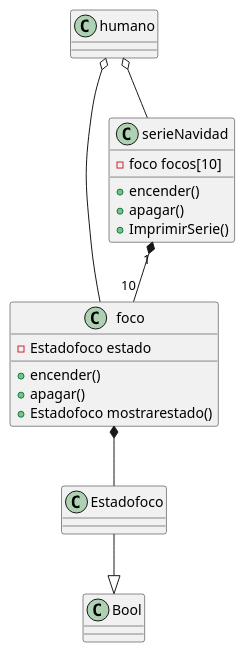
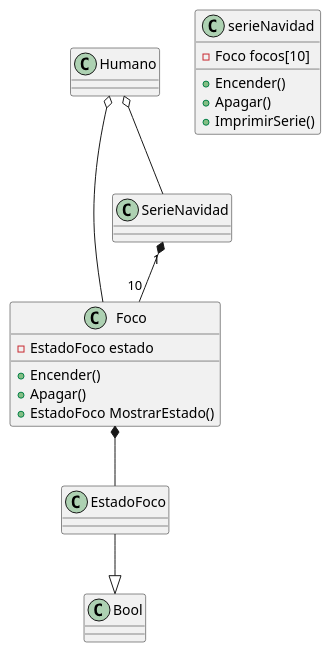
The diagram in docs/iluminacion.puml (FernandoEGerman/3E252), drawn with PlantUML before and after one commit. The commit also changed 8 other files, not shown here.

```diff
--- a/docs/iluminacion.puml
+++ b/docs/iluminacion.puml
@@ -1,25 +1,26 @@
 @startuml iluminacion
-class humano 
-class foco{
-    -Estadofoco estado
-    +encender()
-    +apagar()
-    +Estadofoco mostrarestado()
+
+class Humano
+class Foco{
+    - EstadoFoco estado
+    + Encender()
+    + Apagar()
+    + EstadoFoco MostrarEstado()
     
 }
 
-class Estadofoco
+class EstadoFoco
 class serieNavidad{
-    -foco focos[10]
-    +encender()
-    +apagar()
+    -Foco focos[10]
+    +Encender()
+    +Apagar()
     +ImprimirSerie()
 }
 
-humano o-- foco
-foco *-- Estadofoco
-Estadofoco --|> Bool
-serieNavidad "1" *-- "10" foco
-humano o-- serieNavidad
+Humano o-- Foco
+Foco *-- EstadoFoco
+EstadoFoco --|> Bool
+SerieNavidad "1" *-- "10" Foco
+Humano o-- SerieNavidad
 
 @enduml
```
